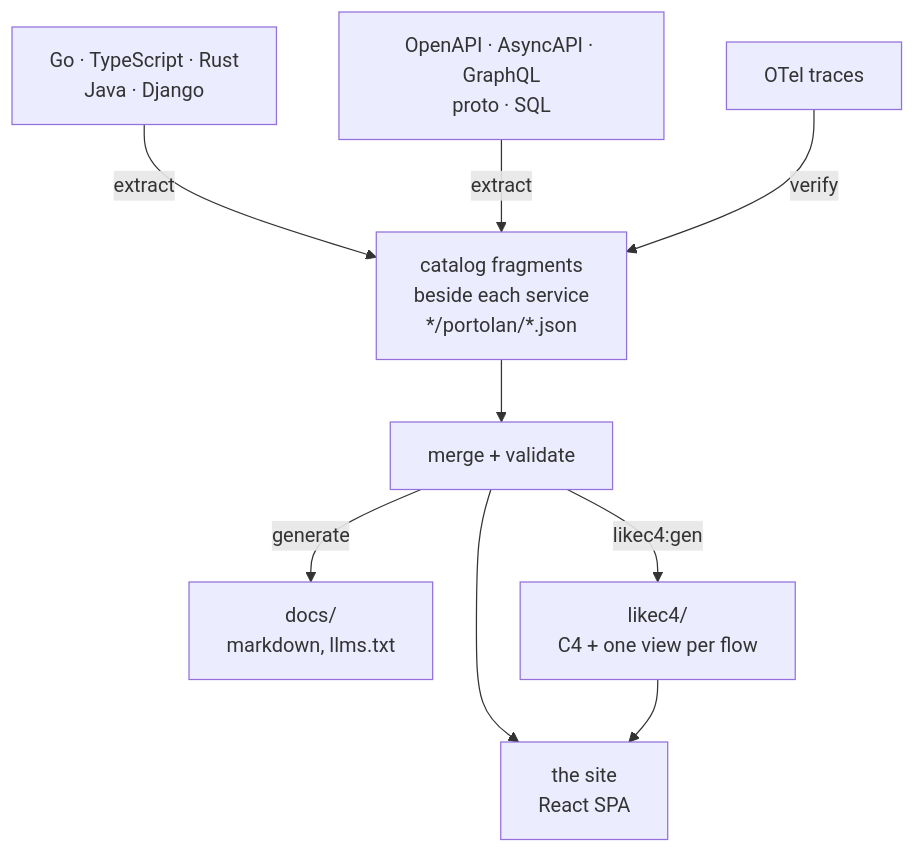
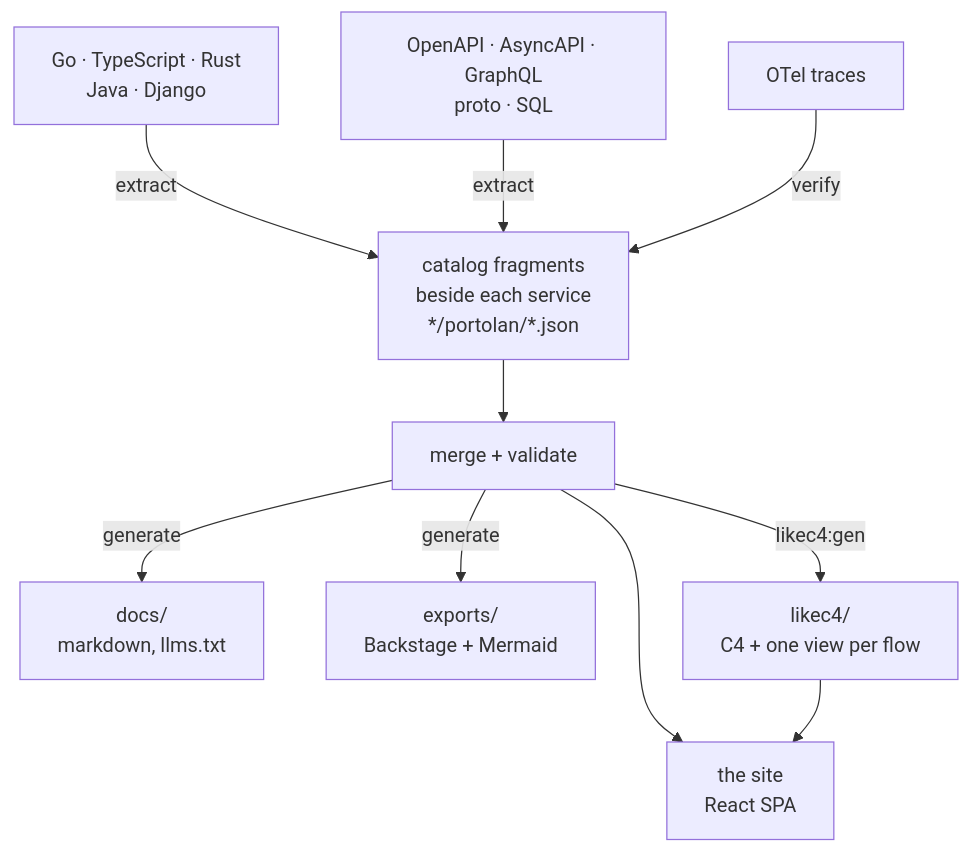
Before and after one commit to shortlink-org/portolan: the diagram in README.md, drawn with Mermaid. The commit also changed other lines of this file and 261 other files, not shown here.

````diff
--- a/README.md
+++ b/README.md
@@ -15,19 +15,21 @@
 ```mermaid
 flowchart TB
   code["Go · TypeScript · Rust<br/>Java · Django"]
   specs["OpenAPI · AsyncAPI · GraphQL<br/>proto · SQL"]
   traces["OTel traces"]
   frag["catalog fragments<br/>beside each service<br/>*/portolan/*.json"]
   merged["merge + validate"]
   site["the site<br/>React SPA"]
   docs["docs/<br/>markdown, llms.txt"]
+  exports["exports/<br/>Backstage + Mermaid"]
   c4["likec4/<br/>C4 + one view per flow"]
 
   code -- extract --> frag
   specs -- extract --> frag
   traces -- verify --> frag
   frag --> merged
   merged --> site
   merged -- generate --> docs
+  merged -- generate --> exports
   merged -- likec4:gen --> c4 --> site
 ```
````
